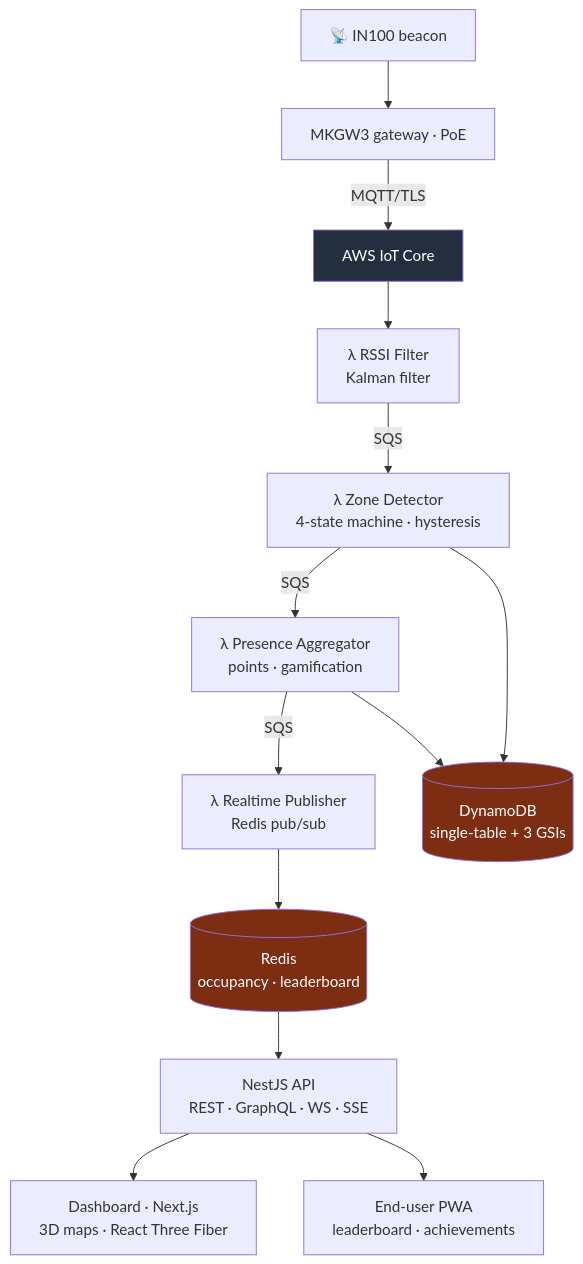
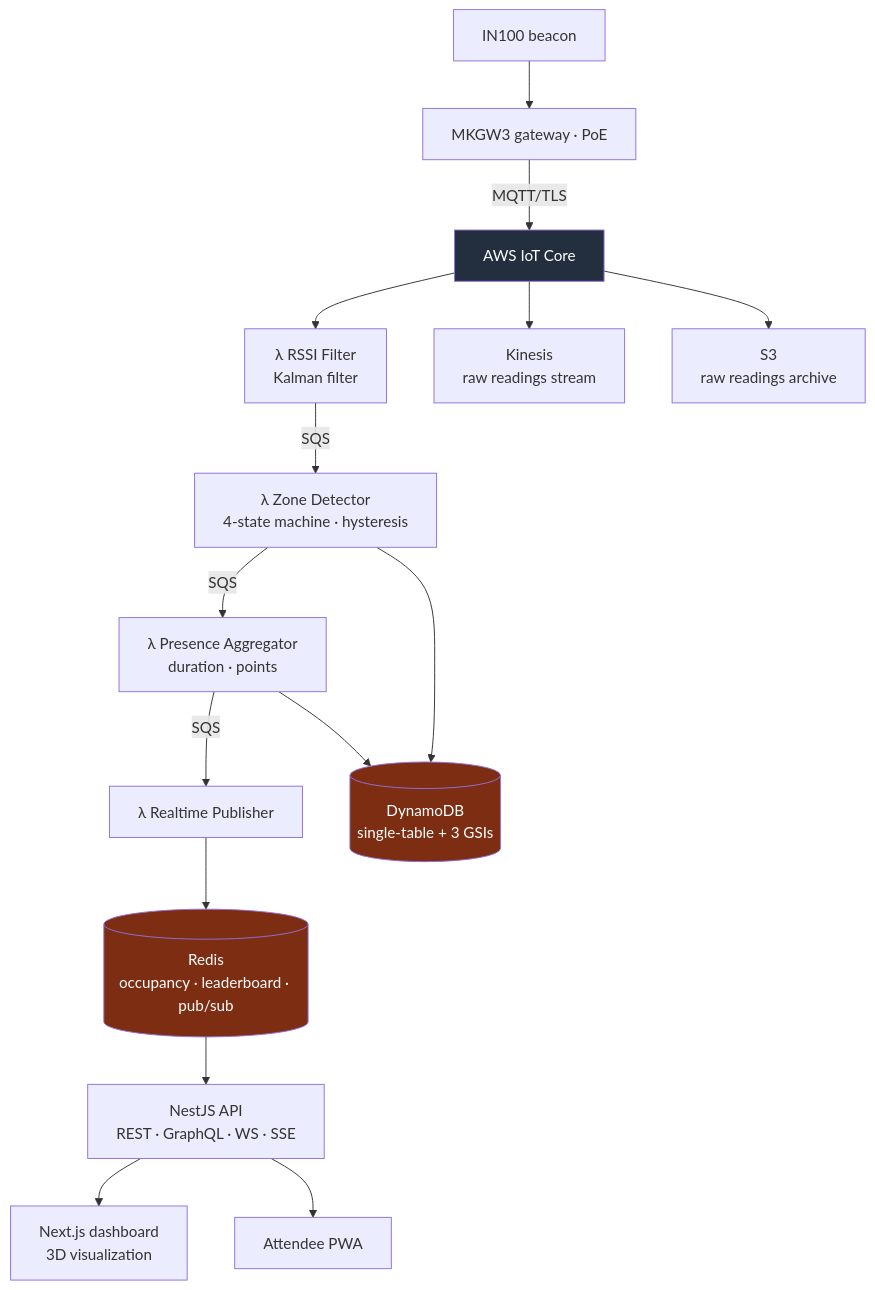
One commit to aleglope/production-systems-case-studies changed the diagram in projects/ble-presence.md. Above: the diagram before and after it, drawn with Mermaid. The commit also changed other lines of this file and 25 other files, not shown here.

````diff
--- a/projects/ble-presence.md
+++ b/projects/ble-presence.md
@@ -21,20 +27,21 @@
 ```mermaid
 flowchart TB
-    BLE["📡 IN100 beacon"] --> GW["MKGW3 gateway · PoE"]
+    BLE["IN100 beacon"] --> GW["MKGW3 gateway · PoE"]
     GW -- "MQTT/TLS" --> IOT["AWS IoT Core"]
     IOT --> L1["λ RSSI Filter<br/>Kalman filter"]
+    IOT --> KIN["Kinesis<br/>raw readings stream"]
+    IOT --> S3["S3<br/>raw readings archive"]
     L1 -- SQS --> L2["λ Zone Detector<br/>4-state machine · hysteresis"]
-    L2 -- SQS --> L3["λ Presence Aggregator<br/>points · gamification"]
-    L3 -- SQS --> L4["λ Realtime Publisher<br/>Redis pub/sub"]
-
+    L2 -- SQS --> L3["λ Presence Aggregator<br/>duration · points"]
+    L3 -- SQS --> L4["λ Realtime Publisher"]
     L2 --> DDB[("DynamoDB<br/>single-table + 3 GSIs")]
     L3 --> DDB
-    L4 --> REDIS[("Redis<br/>occupancy · leaderboard")]
+    L4 --> REDIS[("Redis<br/>occupancy · leaderboard · pub/sub")]
     REDIS --> API["NestJS API<br/>REST · GraphQL · WS · SSE"]
-    API --> DASH["Dashboard · Next.js<br/>3D maps · React Three Fiber"]
-    API --> PWA["End-user PWA<br/>leaderboard · achievements"]
+    API --> DASH["Next.js dashboard<br/>3D visualization"]
+    API --> PWA["Attendee PWA"]
 
     style DDB fill:#7c2d12,color:#fff
     style REDIS fill:#7c2d12,color:#fff
     style IOT fill:#232F3E,color:#fff
 ```
````
